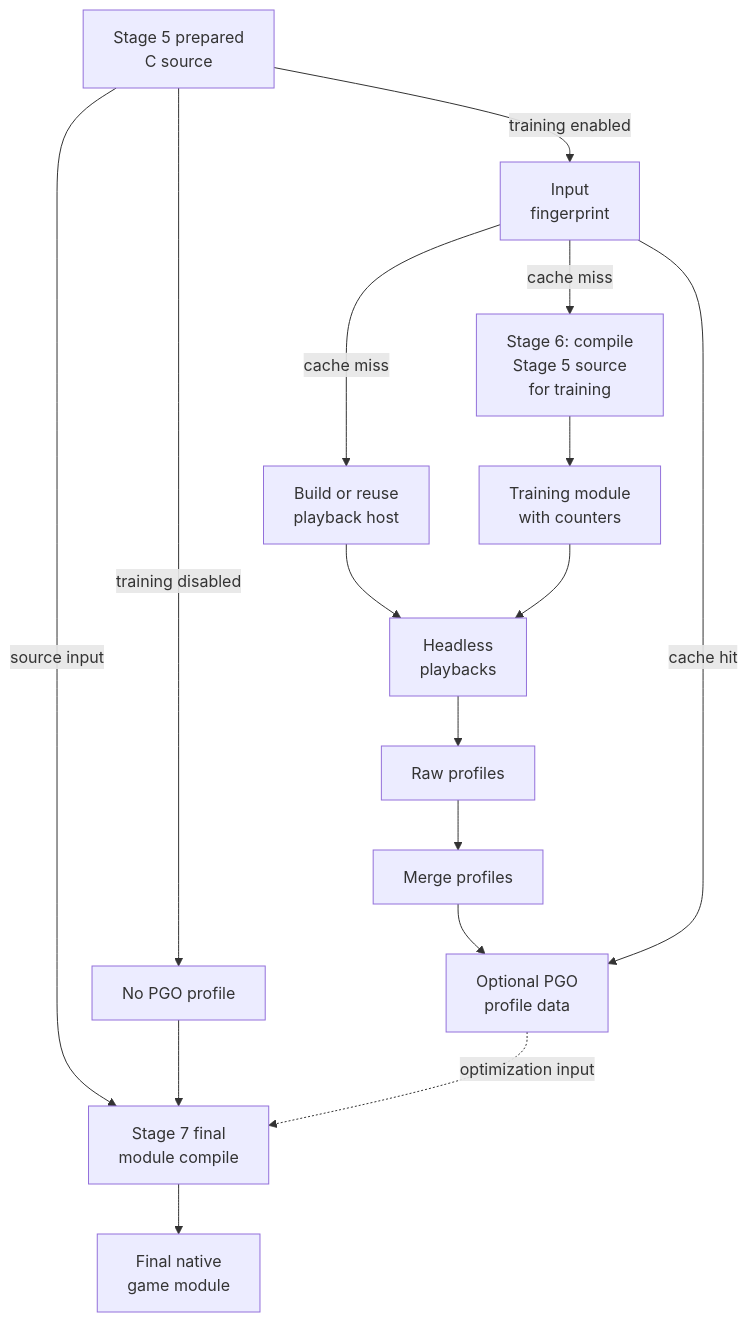
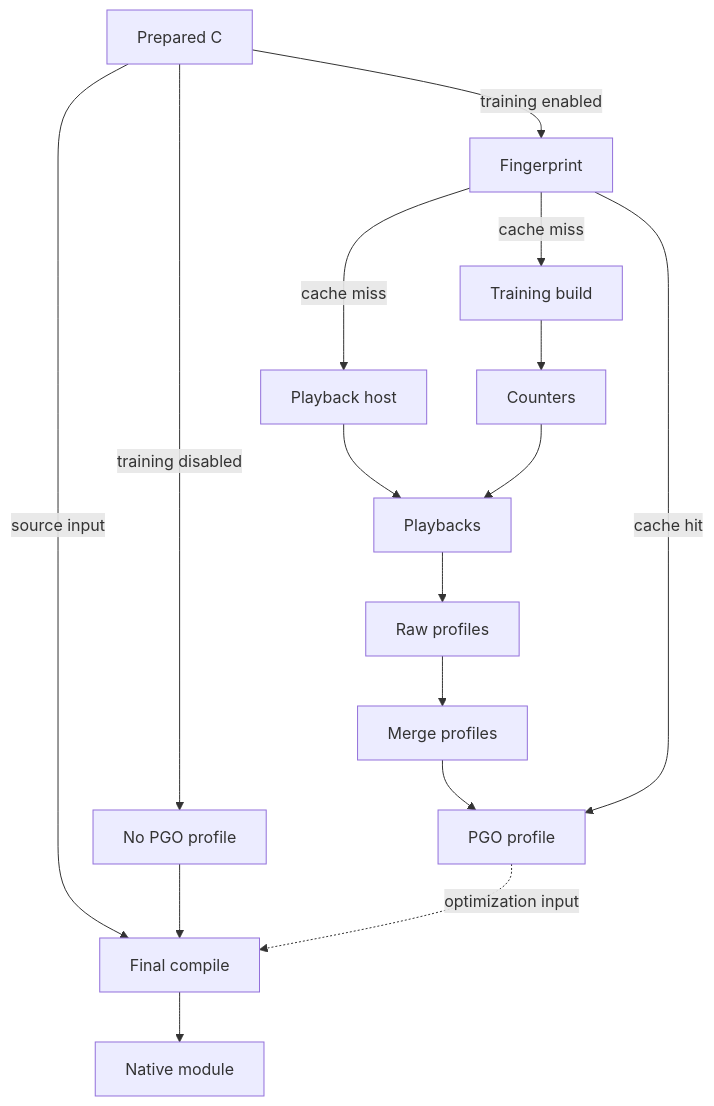
Before and after one commit to Aelbannan/boat_of_daphnes: the ninth of 10 diagrams in docs/architecture/Build.md, drawn with Mermaid. The commit also changed other lines of this file, not shown here.

Commit message:
Simplify build diagrams

````diff
--- a/docs/architecture/Build.md
+++ b/docs/architecture/Build.md
@@ -577,35 +508,25 @@
 ```mermaid
 flowchart TD
-    Prepared["`Stage 5 prepared
-C source`"]
-    Fingerprint["`Input
-fingerprint`"]
-    Host["`Build or reuse
-playback host`"]
-    Compile["`Stage 6: compile
-Stage 5 source
-for training`"]
-    Instrumented["`Training module
-with counters`"]
-    Playback["`Headless
-playbacks`"]
+    Prepared["Prepared C"]
+    Fingerprint["Fingerprint"]
+    Host["Playback host"]
+    Compile["Training build"]
+    Instrumented["Counters"]
+    Playback["Playbacks"]
     Raw["Raw profiles"]
     Merge["Merge profiles"]
-    Profile["`Optional PGO
-profile data`"]
+    Profile["PGO profile"]
     Disabled["No PGO profile"]
-    Final["`Stage 7 final
-module compile`"]
-    Module["`Final native
-game module`"]
+    Final["Final compile"]
+    Module["Native module"]
 
     Prepared -->|training enabled| Fingerprint
     Fingerprint -->|cache miss| Host --> Playback
     Fingerprint -->|cache miss| Compile --> Instrumented --> Playback
     Playback --> Raw --> Merge --> Profile
     Fingerprint -->|cache hit| Profile
     Prepared -->|source input| Final
     Prepared -->|training disabled| Disabled --> Final
     Profile -. "optimization input" .-> Final
     Final --> Module
 ```
````
